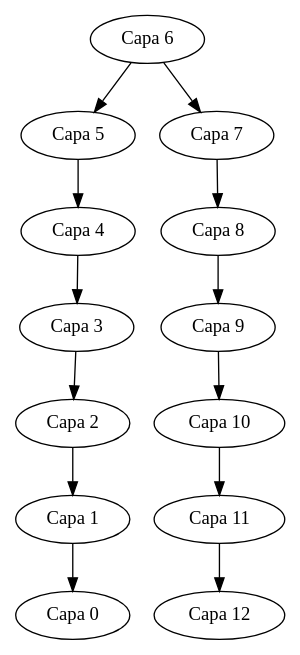
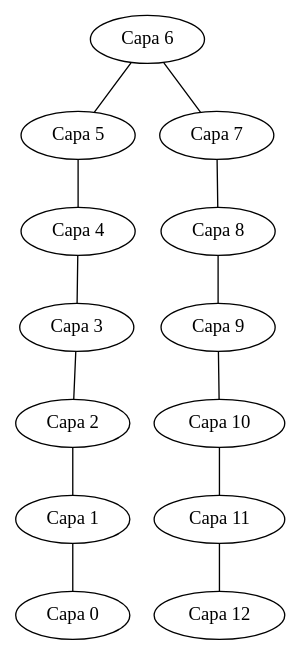
The diagram in dot/arbolCapas.dot (C-FernandoSazo/EDD_PROYECTOF2_202202906), drawn with Graphviz before and after one commit. The commit also changed 21 other files, not shown here.

```diff
--- a/dot/arbolCapas.dot
+++ b/dot/arbolCapas.dot
@@ -1,27 +1,27 @@
- digraph capas {
+ graph capas {
 "Capa6" [label="Capa 6"]
-"Capa6" -> "Capa5"
+"Capa6" -- "Capa5"
 "Capa5" [label="Capa 5"]
-"Capa5" -> "Capa4"
+"Capa5" -- "Capa4"
 "Capa4" [label="Capa 4"]
-"Capa4" -> "Capa3"
+"Capa4" -- "Capa3"
 "Capa3" [label="Capa 3"]
-"Capa3" -> "Capa2"
+"Capa3" -- "Capa2"
 "Capa2" [label="Capa 2"]
-"Capa2" -> "Capa1"
+"Capa2" -- "Capa1"
 "Capa1" [label="Capa 1"]
-"Capa1" -> "Capa0"
+"Capa1" -- "Capa0"
 "Capa0" [label="Capa 0"]
-"Capa6" -> "Capa7"
+"Capa6" -- "Capa7"
 "Capa7" [label="Capa 7"]
-"Capa7" -> "Capa8"
+"Capa7" -- "Capa8"
 "Capa8" [label="Capa 8"]
-"Capa8" -> "Capa9"
+"Capa8" -- "Capa9"
 "Capa9" [label="Capa 9"]
-"Capa9" -> "Capa10"
+"Capa9" -- "Capa10"
 "Capa10" [label="Capa 10"]
-"Capa10" -> "Capa11"
+"Capa10" -- "Capa11"
 "Capa11" [label="Capa 11"]
-"Capa11" -> "Capa12"
+"Capa11" -- "Capa12"
 "Capa12" [label="Capa 12"]
  }
```
